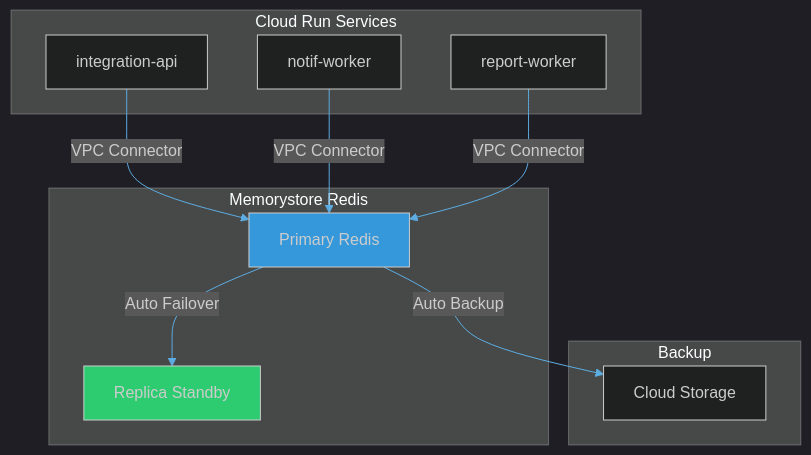
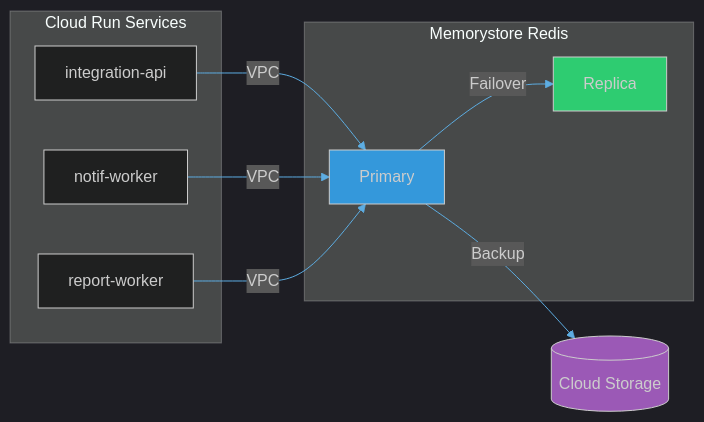
The first of 5 diagrams in presentations/deep-dives/infrastructure-gcp.md (developer-implementos/integration-presentations), drawn with Mermaid before and after one commit. The commit also changed other lines of this file, not shown here.

First line of the commit message:
style(infrastructure-gcp): mejorar presentación de arquitecturas con mermaid

````diff
--- a/presentations/deep-dives/infrastructure-gcp.md
+++ b/presentations/deep-dives/infrastructure-gcp.md
@@ -331,28 +333,24 @@
 ```mermaid
-%%{init: {'theme': 'dark', 'themeVariables': {'lineColor': '#5dade2'}}}%%
-graph TB
-    subgraph "Cloud Run Services"
+%%{init: {'theme': 'dark', 'themeVariables': {'lineColor': '#5dade2'}, 'flowchart': {'useMaxWidth': true}}}%%
+graph LR
+    subgraph SERVICES["Cloud Run Services"]
         A[integration-api]
         B[notif-worker]
         C[report-worker]
     end
 
-    subgraph "Memorystore Redis"
-        D[Primary Redis]
-        E[Replica Standby]
+    subgraph REDIS["Memorystore Redis"]
+        D[Primary]
+        E[Replica]
     end
 
-    subgraph "Backup"
-        F[Cloud Storage]
-    end
+    F[(Cloud Storage)]
 
-    A -->|VPC Connector| D
-    B -->|VPC Connector| D
-    C -->|VPC Connector| D
-
-    D -->|Auto Failover| E
-    D -->|Auto Backup| F
+    A & B & C -->|VPC| D
+    D -->|Failover| E
+    D -->|Backup| F
 
     style D fill:#3498db
     style E fill:#2ecc71
+    style F fill:#9b59b6
 ```
````
